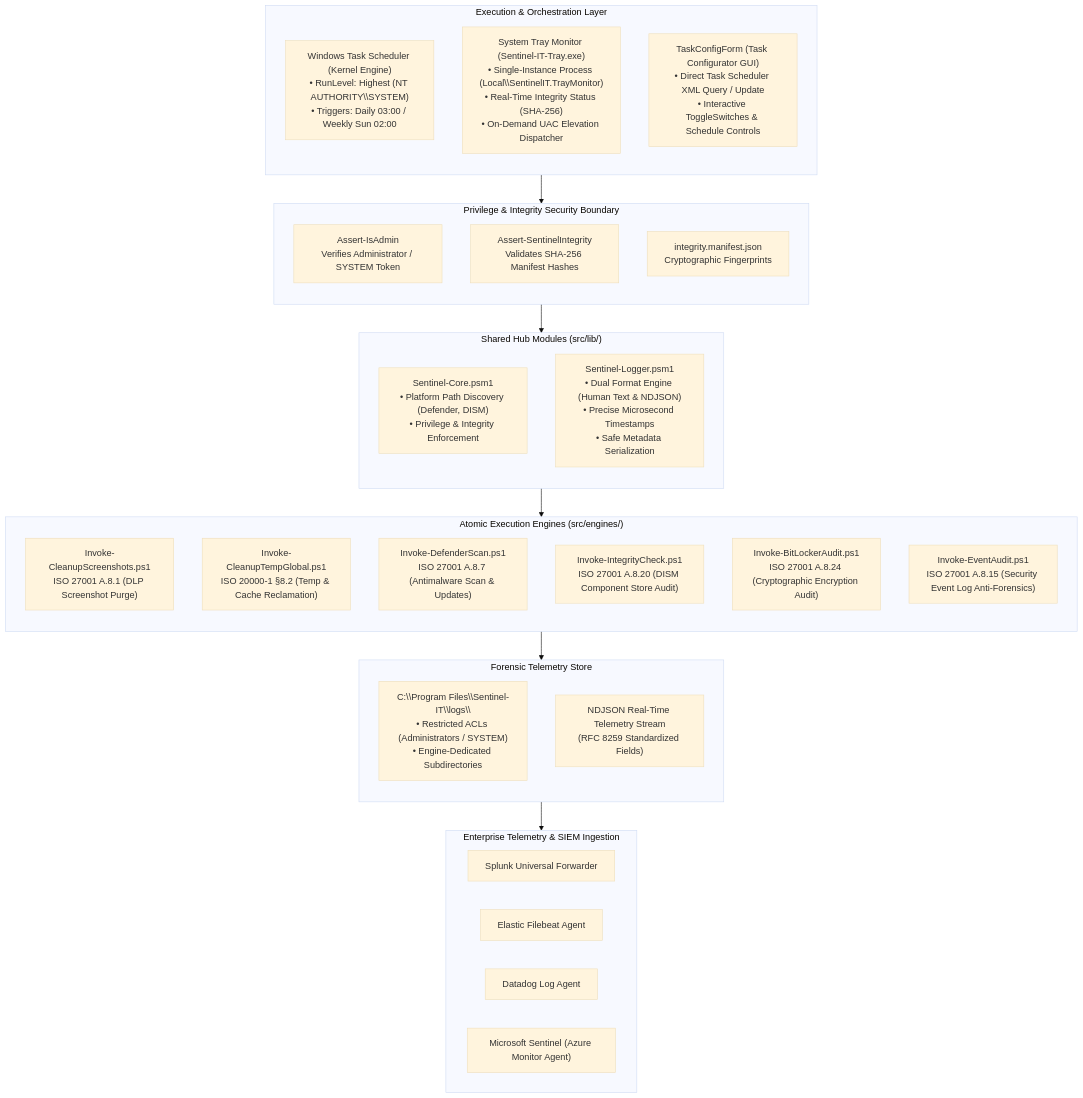
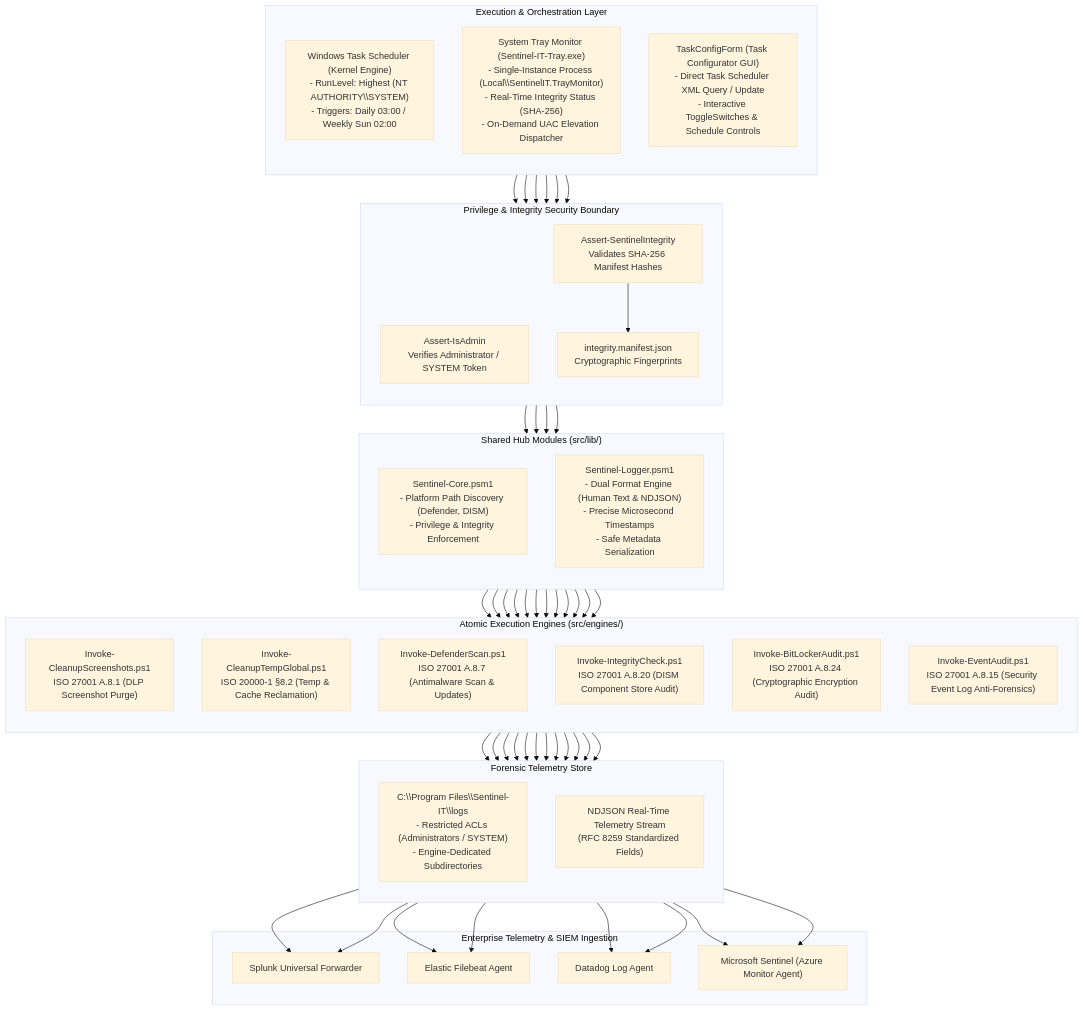
The first of 4 diagrams in docs/ARCHITECTURE.md (isora-cloud-group/Isora-Sentinel), drawn with Mermaid (base theme) before and after one commit. The commit also changed other lines of this file and 2 other files, not shown here.

Commit message:
docs: add SIEM integration and architecture documentation alongside README updates

````diff
--- a/docs/ARCHITECTURE.md
+++ b/docs/ARCHITECTURE.md
@@ -26,51 +26,52 @@
 ```mermaid
 flowchart TD
     subgraph Schedulers["Execution & Orchestration Layer"]
         direction TB
-        TaskSched["Windows Task Scheduler (Kernel Engine)\n• RunLevel: Highest (NT AUTHORITY\\SYSTEM)\n• Triggers: Daily 03:00 / Weekly Sun 02:00"]
-        Tray["System Tray Monitor (Sentinel-IT-Tray.exe)\n• Single-Instance Process (Local\\SentinelIT.TrayMonitor)\n• Real-Time Integrity Status (SHA-256)\n• On-Demand UAC Elevation Dispatcher"]
-        ConfigForm["TaskConfigForm (Task Configurator GUI)\n• Direct Task Scheduler XML Query / Update\n• Interactive ToggleSwitches & Schedule Controls"]
+        TaskSched["Windows Task Scheduler (Kernel Engine)\n- RunLevel: Highest (NT AUTHORITY\\SYSTEM)\n- Triggers: Daily 03:00 / Weekly Sun 02:00"]
+        Tray["System Tray Monitor (Sentinel-IT-Tray.exe)\n- Single-Instance Process (Local\\SentinelIT.TrayMonitor)\n- Real-Time Integrity Status (SHA-256)\n- On-Demand UAC Elevation Dispatcher"]
+        ConfigForm["TaskConfigForm (Task Configurator GUI)\n- Direct Task Scheduler XML Query / Update\n- Interactive ToggleSwitches & Schedule Controls"]
     end
 
     subgraph SecurityBoundary["Privilege & Integrity Security Boundary"]
         direction TB
         AssertAdmin["Assert-IsAdmin\nVerifies Administrator / SYSTEM Token"]
         AssertIntegrity["Assert-SentinelIntegrity\nValidates SHA-256 Manifest Hashes"]
         Manifest["integrity.manifest.json\nCryptographic Fingerprints"]
     end
 
     subgraph CentralHub["Shared Hub Modules (src/lib/)"]
         direction TB
-        Core["Sentinel-Core.psm1\n• Platform Path Discovery (Defender, DISM)\n• Privilege & Integrity Enforcement"]
-        Logger["Sentinel-Logger.psm1\n• Dual Format Engine (Human Text & NDJSON)\n• Precise Microsecond Timestamps\n• Safe Metadata Serialization"]
+        Core["Sentinel-Core.psm1\n- Platform Path Discovery (Defender, DISM)\n- Privilege & Integrity Enforcement"]
+        Logger["Sentinel-Logger.psm1\n- Dual Format Engine (Human Text & NDJSON)\n- Precise Microsecond Timestamps\n- Safe Metadata Serialization"]
     end
 
     subgraph ExecutionSpokes["Atomic Execution Engines (src/engines/)"]
         direction TB
         E1["Invoke-CleanupScreenshots.ps1\nISO 27001 A.8.1 (DLP Screenshot Purge)"]
         E2["Invoke-CleanupTempGlobal.ps1\nISO 20000-1 §8.2 (Temp & Cache Reclamation)"]
         E3["Invoke-DefenderScan.ps1\nISO 27001 A.8.7 (Antimalware Scan & Updates)"]
         E4["Invoke-IntegrityCheck.ps1\nISO 27001 A.8.20 (DISM Component Store Audit)"]
         E5["Invoke-BitLockerAudit.ps1\nISO 27001 A.8.24 (Cryptographic Encryption Audit)"]
         E6["Invoke-EventAudit.ps1\nISO 27001 A.8.15 (Security Event Log Anti-Forensics)"]
     end
 
     subgraph LocalStorage["Forensic Telemetry Store"]
         direction TB
-        LogsDir["C:\\Program Files\\Sentinel-IT\\logs\\\n• Restricted ACLs (Administrators / SYSTEM)\n• Engine-Dedicated Subdirectories"]
+        LogsDir["C:\\Program Files\\Sentinel-IT\\logs\n- Restricted ACLs (Administrators / SYSTEM)\n- Engine-Dedicated Subdirectories"]
         NDJSONStream["NDJSON Real-Time Telemetry Stream\n(RFC 8259 Standardized Fields)"]
     end
 
     subgraph SIEMLayer["Enterprise Telemetry & SIEM Ingestion"]
         Splunk["Splunk Universal Forwarder"]
         Elastic["Elastic Filebeat Agent"]
         Datadog["Datadog Log Agent"]
         Sentinel["Microsoft Sentinel (Azure Monitor Agent)"]
     end
 
-    Schedulers --> SecurityBoundary
-    SecurityBoundary --> CentralHub
-    CentralHub --> ExecutionSpokes
-    ExecutionSpokes --> LocalStorage
-    LocalStorage --> SIEMLayer
+    TaskSched & Tray & ConfigForm --> AssertAdmin & AssertIntegrity
+    AssertIntegrity --> Manifest
+    AssertAdmin & AssertIntegrity --> Core & Logger
+    Core & Logger --> E1 & E2 & E3 & E4 & E5 & E6
+    E1 & E2 & E3 & E4 & E5 & E6 --> LogsDir & NDJSONStream
+    LogsDir & NDJSONStream --> Splunk & Elastic & Datadog & Sentinel
 ```
````
